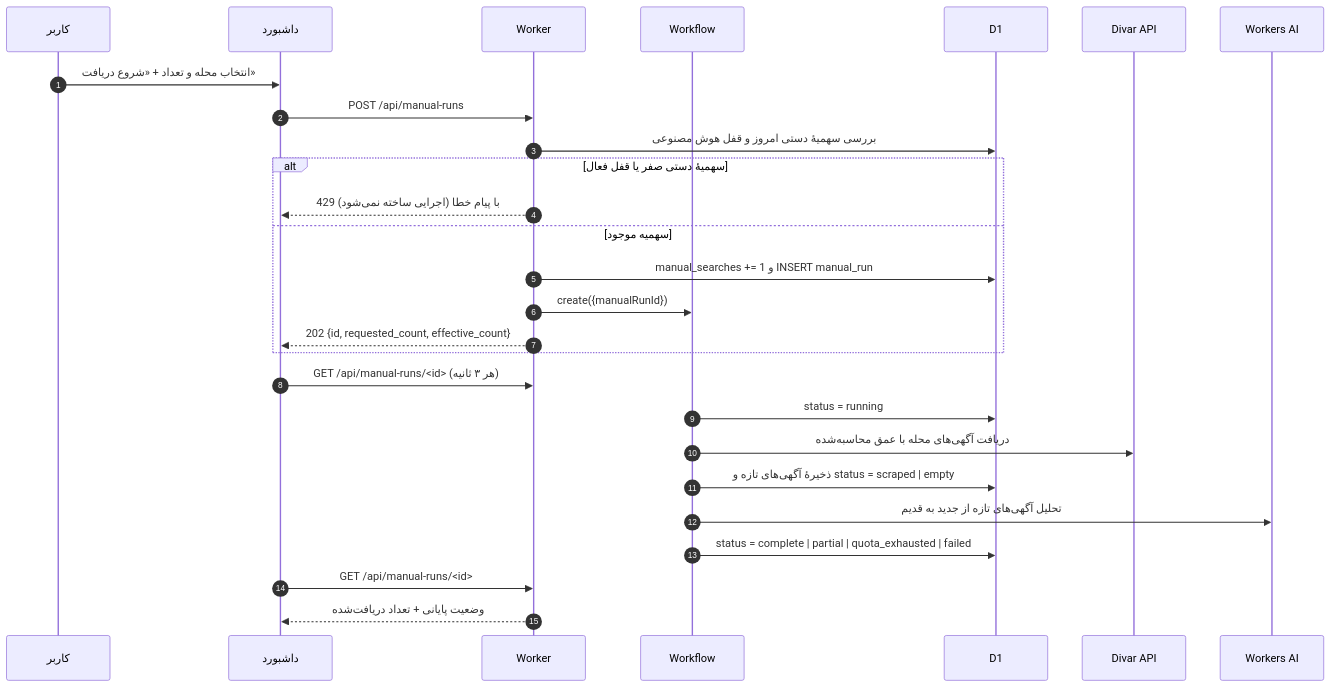
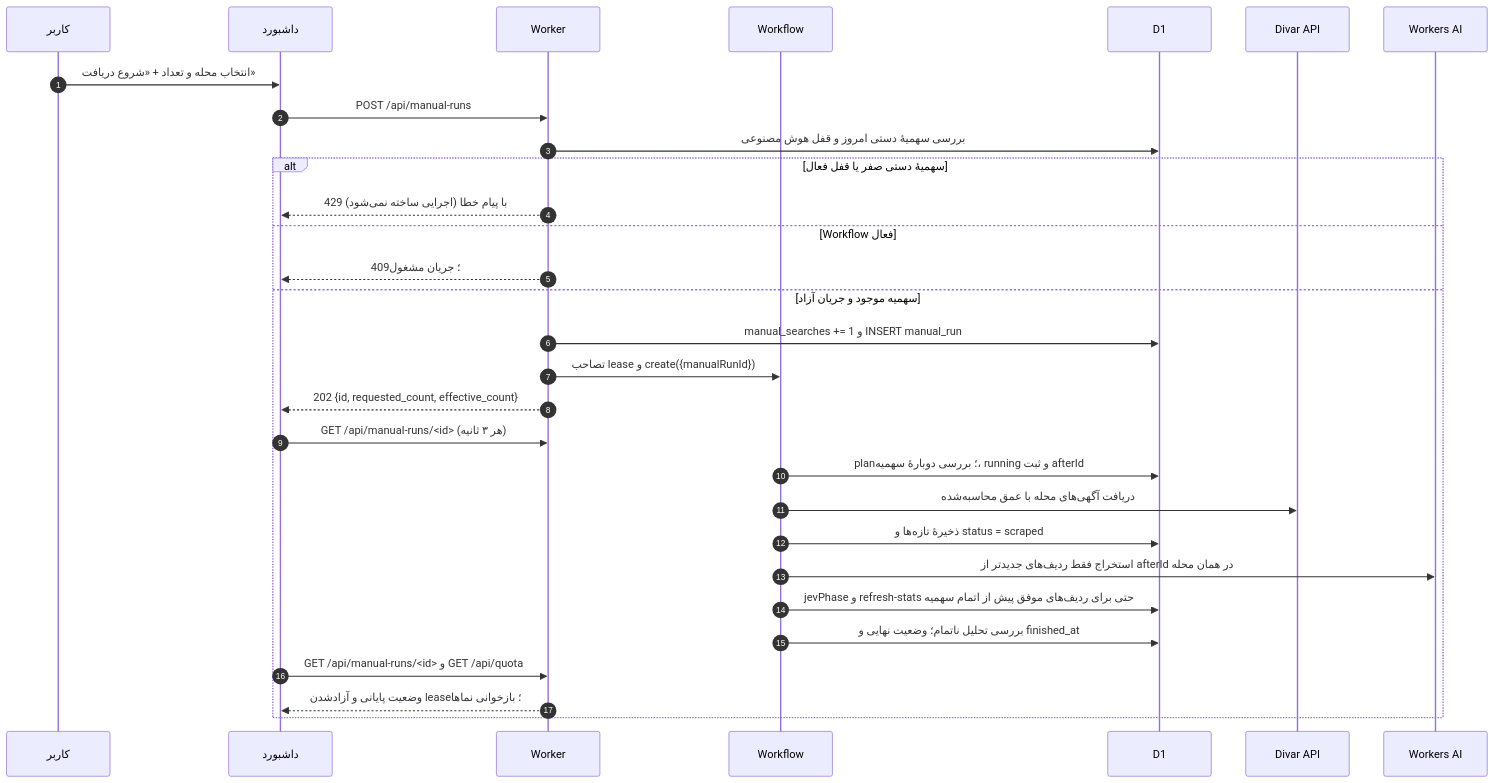
The third of 5 diagrams in README.md (f4r6d/divar-housing-finder), drawn with Mermaid before and after one commit. The commit also changed other lines of this file and 3 other files, not shown here.

````diff
--- a/README.md
+++ b/README.md
@@ -406,30 +422,33 @@
 ```mermaid
 sequenceDiagram
     autonumber
     participant U as کاربر
     participant UI as داشبورد
     participant W as Worker
     participant WF as Workflow
     participant DB as D1
     participant D as Divar API
     participant AI as Workers AI
 
     U->>UI: انتخاب محله و تعداد + «شروع دریافت»
     UI->>W: POST /api/manual-runs
     W->>DB: بررسی سهمیهٔ دستی امروز و قفل هوش مصنوعی
     alt سهمیهٔ دستی صفر یا قفل فعال
         W-->>UI: 429 با پیام خطا (اجرایی ساخته نمی‌شود)
-    else سهمیه موجود
+    else Workflow فعال
+        W-->>UI: 409؛ جریان مشغول
+    else سهمیه موجود و جریان آزاد
         W->>DB: manual_searches += 1 و INSERT manual_run
-        W->>WF: create({manualRunId})
+        W->>WF: تصاحب lease و create({manualRunId})
         W-->>UI: 202 {id, requested_count, effective_count}
+        UI->>W: GET /api/manual-runs/<id> (هر ۳ ثانیه)
+        WF->>DB: plan؛ بررسی دوبارهٔ سهمیه، running و ثبت afterId
+        WF->>D: دریافت آگهی‌های محله با عمق محاسبه‌شده
+        WF->>DB: ذخیرهٔ تازه‌ها و status = scraped
+        WF->>AI: استخراج فقط ردیف‌های جدیدتر از afterId در همان محله
+        WF->>DB: jevPhase و refresh-stats حتی برای ردیف‌های موفق پیش از اتمام سهمیه
+        WF->>DB: بررسی تحلیل ناتمام؛ وضعیت نهایی و finished_at
+        UI->>W: GET /api/manual-runs/<id> و GET /api/quota
+        W-->>UI: وضعیت پایانی و آزادشدن lease؛ بازخوانی نماها
     end
-    UI->>W: GET /api/manual-runs/<id> (هر ۳ ثانیه)
-    WF->>DB: status = running
-    WF->>D: دریافت آگهی‌های محله با عمق محاسبه‌شده
-    WF->>DB: ذخیرهٔ آگهی‌های تازه و status = scraped | empty
-    WF->>AI: تحلیل آگهی‌های تازه از جدید به قدیم
-    WF->>DB: status = complete | partial | quota_exhausted | failed
-    UI->>W: GET /api/manual-runs/<id>
-    W-->>UI: وضعیت پایانی + تعداد دریافت‌شده
 ```
````
